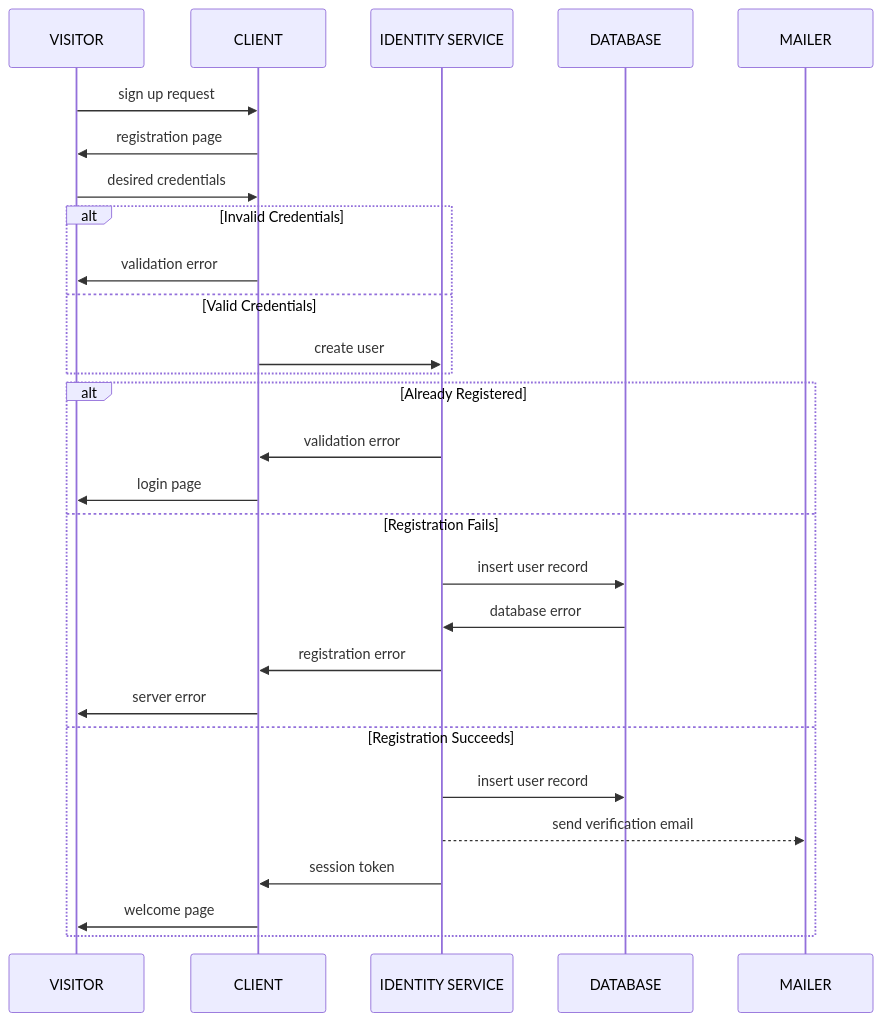
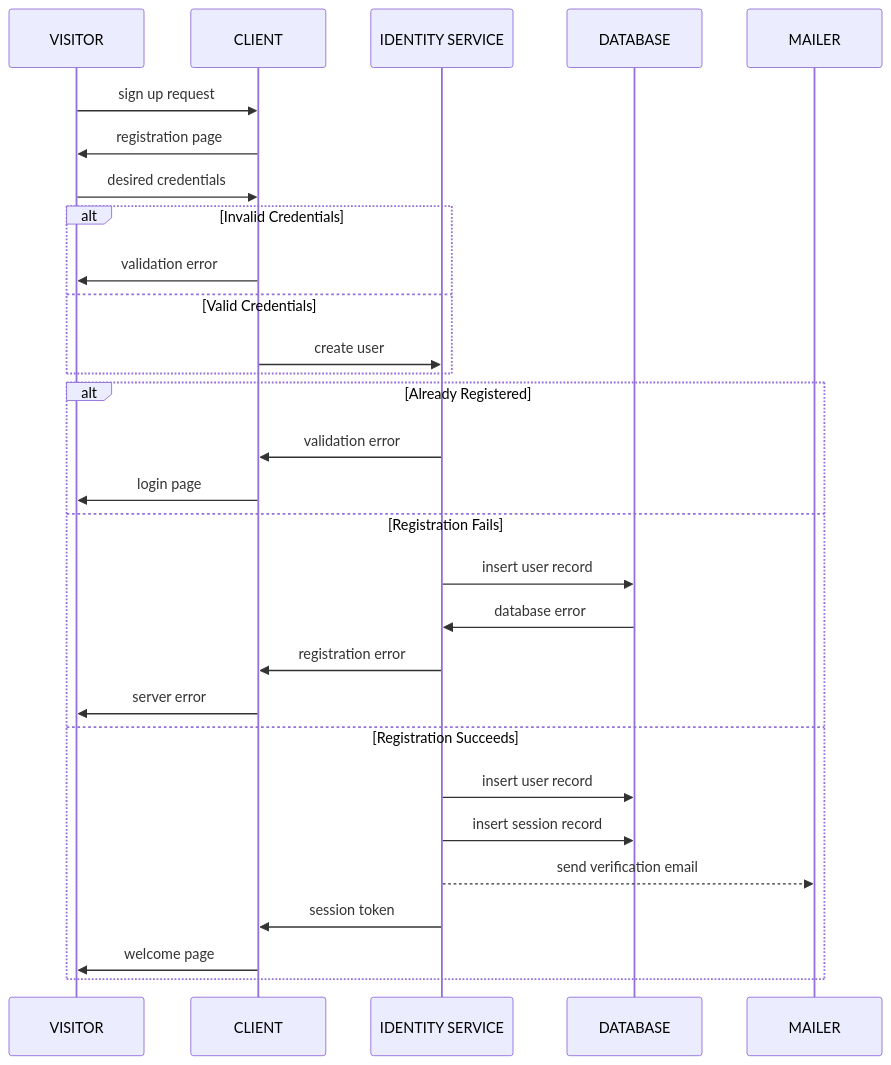
Before and after one commit to sscovil/mermaid-examples: the diagram in README.md, drawn with Mermaid.

Commit message:
insert session record

````diff
--- a/README.md
+++ b/README.md
@@ -11,30 +11,31 @@
 ```mermaid
 sequenceDiagram
   participant V as VISITOR
   participant C as CLIENT
   participant I as IDENTITY SERVICE
   participant D as DATABASE
   participant M as MAILER
   V->>C: sign up request
   C->>V: registration page
   V->>C: desired credentials
   alt Invalid Credentials
     C->>V: validation error
   else Valid Credentials
     C->>I: create user
   end
   alt Already Registered
     I->>C: validation error
     C->>V: login page
   else Registration Fails
     I->>D: insert user record
     D->>I: database error
     I->>C: registration error
     C->>V: server error
   else Registration Succeeds
     I->>D: insert user record
+    I->>D: insert session record
     I-->>M: send verification email
     I->>C: session token
     C->>V: welcome page
   end
 ```
````
